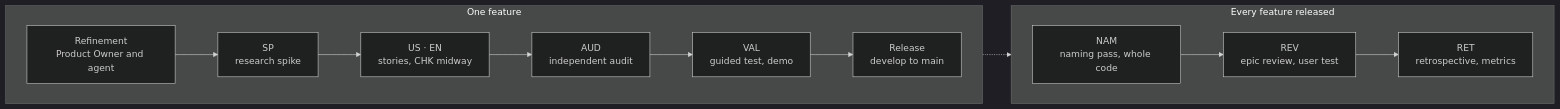
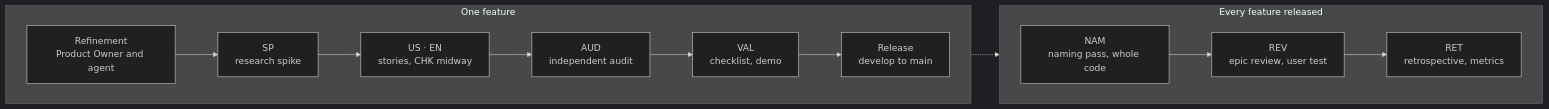
One commit to AlexandreGallais/synoptic-studio changed the diagram in docs/process/agile.md. Above: the diagram before and after it, drawn with Mermaid (dark theme). The commit also changed other lines of this file and 14 other files, not shown here.

````diff
--- a/docs/process/agile.md
+++ b/docs/process/agile.md
@@ -5,16 +5,16 @@
 ```mermaid
 flowchart LR
   subgraph feature [One feature]
     direction LR
     R[Refinement<br/>Product Owner and agent] --> SP[SP<br/>research spike]
     SP --> ST[US · EN<br/>stories, CHK midway]
     ST --> AUD[AUD<br/>independent audit]
-    AUD --> VAL[VAL<br/>guided test, demo]
+    AUD --> VAL[VAL<br/>checklist, demo]
     VAL --> REL[Release<br/>develop to main]
   end
   subgraph epic [Every feature released]
     direction LR
     NAM[NAM<br/>naming pass, whole code] --> REV[REV<br/>epic review, user test] --> RET[RET<br/>retrospective, metrics]
   end
   REL -.-> NAM
 ```
````
